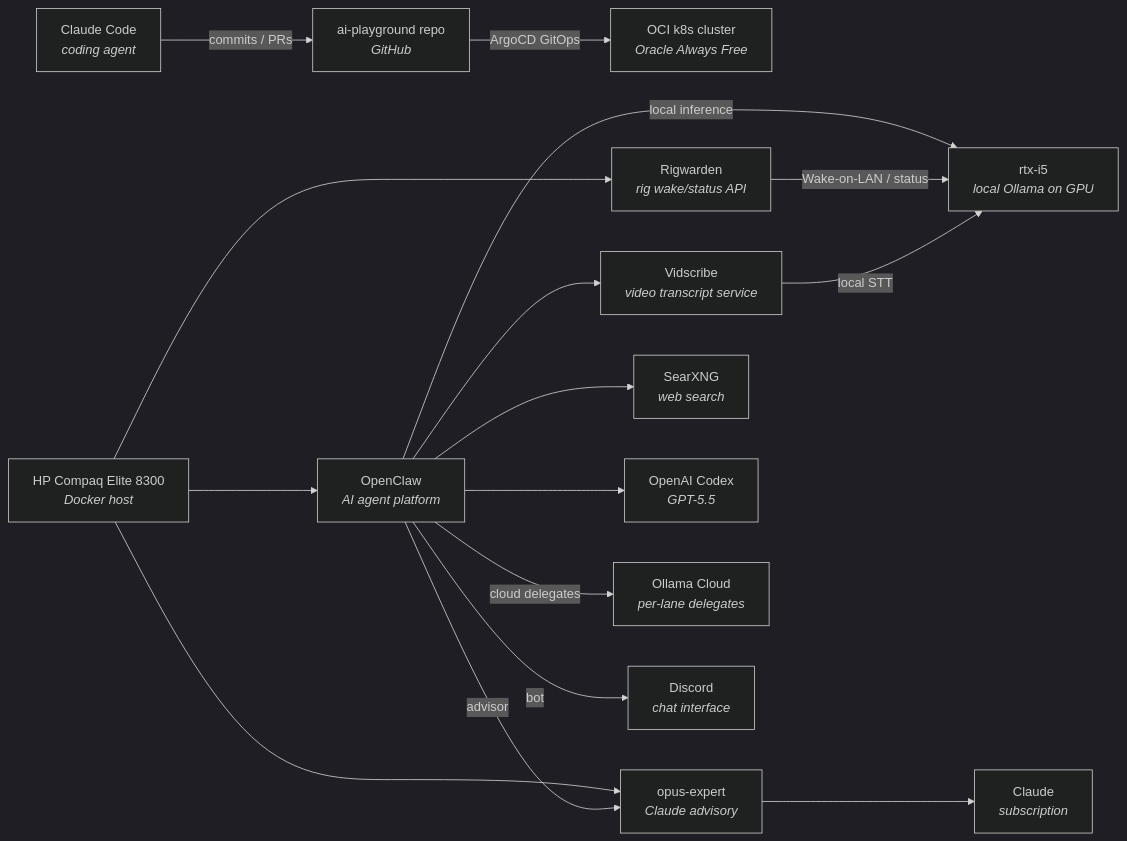
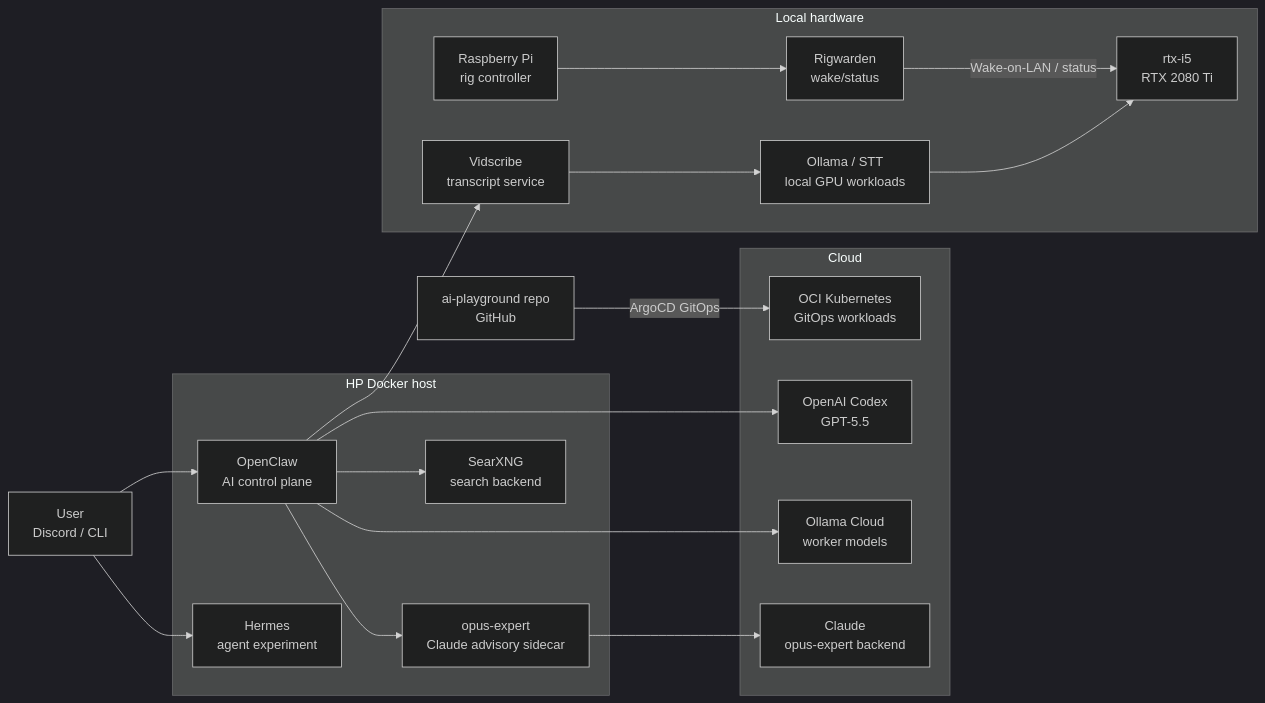
One commit to maslankalm/ai-playground changed the diagram in homelab/README.md. Above: the diagram before and after it, drawn with Mermaid (dark theme). The commit also changed other lines of this file and 1 other file, not shown here.

Commit message:
Update homelab current state

````diff
--- a/homelab/README.md
+++ b/homelab/README.md
@@ -13,33 +13,41 @@
 ```mermaid
-graph LR
-    CC["Claude Code<br/><i>coding agent</i>"]
-    REPO["ai-playground repo<br/><i>GitHub</i>"]
-    K8S["OCI k8s cluster<br/><i>Oracle Always Free</i>"]
-    HP["HP Compaq Elite 8300<br/><i>Docker host</i>"]
-    RTX["rtx-i5<br/><i>local Ollama on GPU</i>"]
-    OC["OpenClaw<br/><i>AI agent platform</i>"]
-    OE["opus-expert<br/><i>Claude advisory</i>"]
-    RW["Rigwarden<br/><i>rig wake/status API</i>"]
-    VS["Vidscribe<br/><i>video transcript service</i>"]
-    SX["SearXNG<br/><i>web search</i>"]
-    OPENAI["OpenAI Codex<br/><i>GPT-5.5</i>"]
-    OLLAMA_CLOUD["Ollama Cloud<br/><i>per-lane delegates</i>"]
-    CLAUDE["Claude<br/><i>subscription</i>"]
-    DISCORD["Discord<br/><i>chat interface</i>"]
+flowchart LR
+    USER["User<br/>Discord / CLI"]
+    REPO["ai-playground repo<br/>GitHub"]
 
-    CC -->|commits / PRs| REPO
+    subgraph Cloud["Cloud"]
+        K8S["OCI Kubernetes<br/>GitOps workloads"]
+        OPENAI["OpenAI Codex<br/>GPT-5.5"]
+        OLLAMA_CLOUD["Ollama Cloud<br/>worker models"]
+        CLAUDE["Claude<br/>opus-expert backend"]
+    end
+
+    subgraph HP["HP Docker host"]
+        OC["OpenClaw<br/>AI control plane"]
+        HM["Hermes<br/>agent experiment"]
+        OE["opus-expert<br/>Claude advisory sidecar"]
+        SX["SearXNG<br/>search backend"]
+    end
+
+    subgraph Local["Local hardware"]
+        PI["Raspberry Pi<br/>rig controller"]
+        RW["Rigwarden<br/>wake/status"]
+        RTX["rtx-i5<br/>RTX 2080 Ti"]
+        VS["Vidscribe<br/>transcript service"]
+        OLLAMA_LOCAL["Ollama / STT<br/>local GPU workloads"]
+    end
+
+    USER --> OC
+    USER --> HM
     REPO -->|ArgoCD GitOps| K8S
-    HP --> OC
-    HP --> OE
-    HP --> RW
+    OC --> OPENAI
+    OC --> OLLAMA_CLOUD
+    OC --> OE
     OC --> SX
-    OC --> OPENAI
-    OC -->|cloud delegates| OLLAMA_CLOUD
-    OC -->|local inference| RTX
-    OC -->|advisor| OE
-    OC -->|bot| DISCORD
     OE --> CLAUDE
+    PI --> RW
     RW -->|Wake-on-LAN / status| RTX
-    VS -->|local STT| RTX
     OC --> VS
+    VS --> OLLAMA_LOCAL
+    OLLAMA_LOCAL --> RTX
 ```
````
